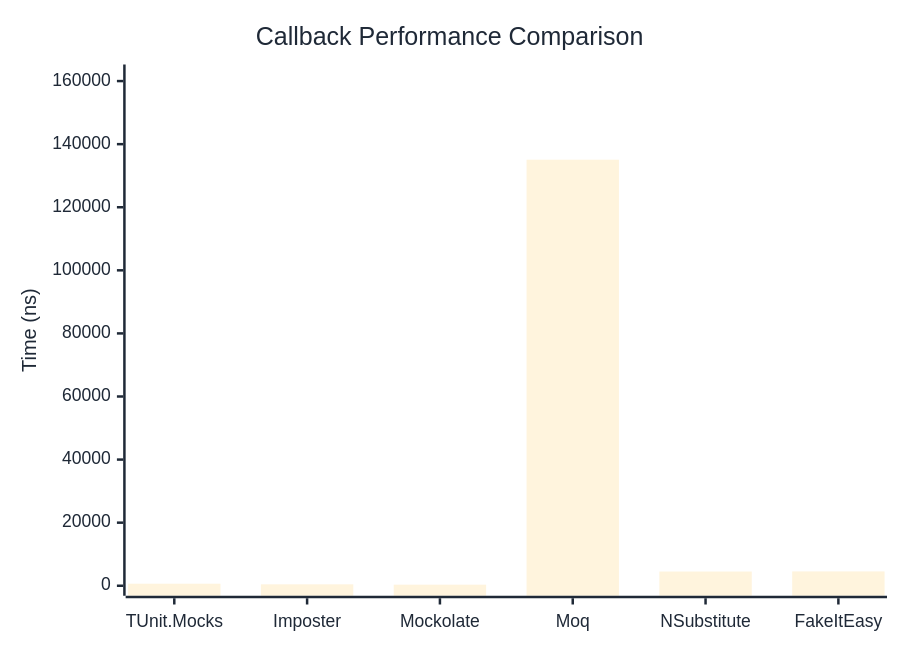
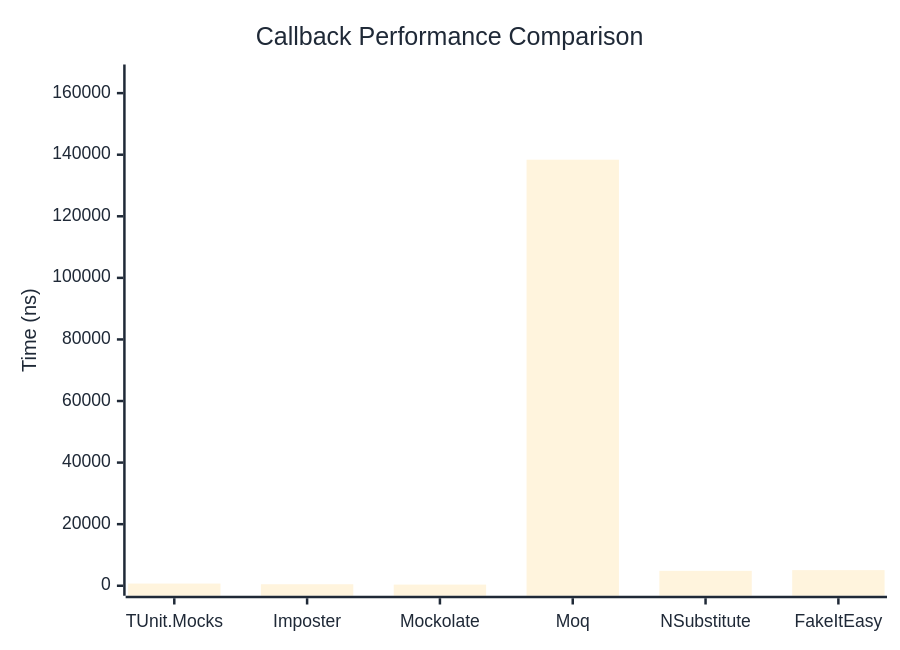
Before and after one commit to thomhurst/TUnit: the first of 2 diagrams in docs/docs/benchmarks/mocks/Callback.md, drawn with Mermaid. The commit also changed other lines of this file and 14 other files, not shown here.

````diff
--- a/docs/docs/benchmarks/mocks/Callback.md
+++ b/docs/docs/benchmarks/mocks/Callback.md
@@ -30,27 +30,27 @@
 ```mermaid
 %%{init: {
   'theme':'base',
   'themeVariables': {
     'primaryColor': '#2563eb',
     'primaryTextColor': '#1f2937',
     'primaryBorderColor': '#1e40af',
     'lineColor': '#6b7280',
     'secondaryColor': '#7c3aed',
     'tertiaryColor': '#dc2626',
     'background': '#ffffff',
     'pie1': '#2563eb',
     'pie2': '#7c3aed',
     'pie3': '#dc2626',
     'pie4': '#f59e0b',
     'pie5': '#10b981',
     'pie6': '#06b6d4',
     'pie7': '#ec4899',
     'pie8': '#6366f1'
   }
 }}%%
 xychart-beta
   title "Callback Performance Comparison"
   x-axis ["TUnit.Mocks", "Imposter", "Mockolate", "Moq", "NSubstitute", "FakeItEasy"]
-  y-axis "Time (ns)" 0 --> 162083
-  bar [647.8, 453.4, 344.3, 135068.8, 4503.9, 4543.5]
+  y-axis "Time (ns)" 0 --> 166052
+  bar [714.1, 490.2, 373, 138376.6, 4842.9, 5068.7]
 ```
````
